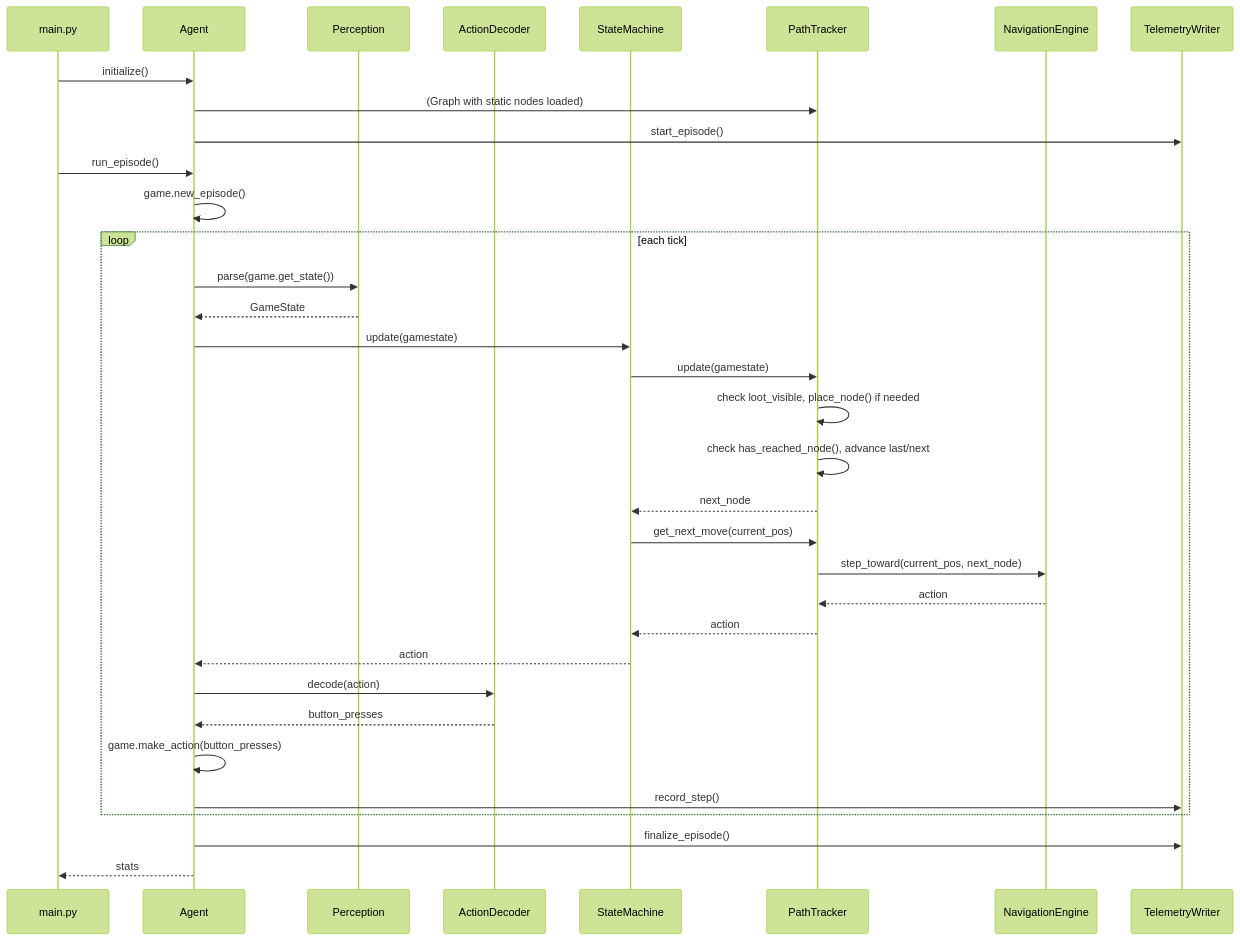
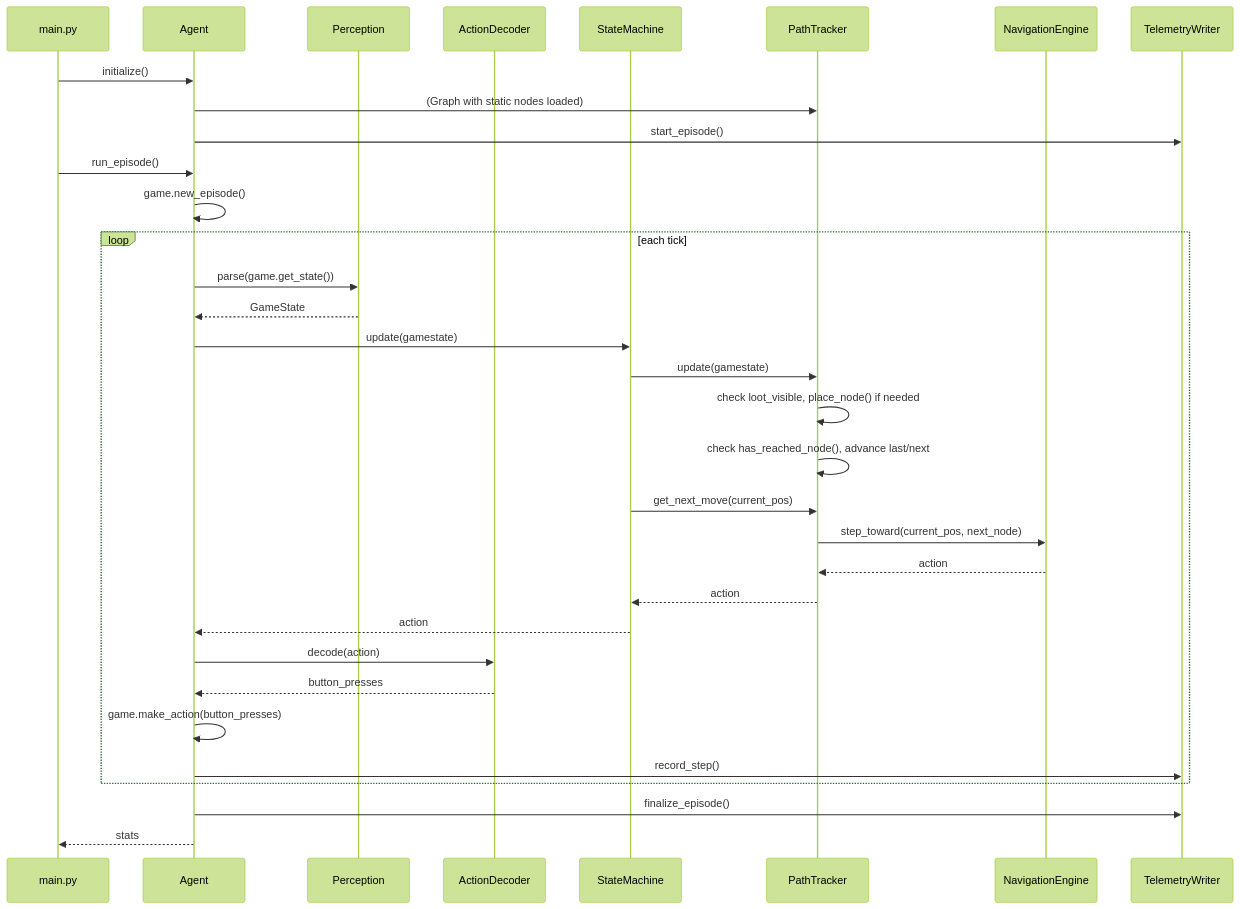
The diagram in docs/architecture_design.md (aidanpb9/doom-agent), drawn with Mermaid (forest theme) before and after one commit. The commit also changed other lines of this file, not shown here.

Commit message:
format execution flow

````diff
--- a/docs/architecture_design.md
+++ b/docs/architecture_design.md
@@ -19,43 +21,42 @@
 ```mermaid
 sequenceDiagram
     participant M as main.py
     participant A as Agent
     participant P as Perception
     participant AD as ActionDecoder
     participant SM as StateMachine
     participant PT as PathTracker
     participant NE as NavigationEngine
     participant TW as TelemetryWriter
 
     M->>A: initialize()
     A->>PT: (Graph with static nodes loaded)
     A->>TW: start_episode()
 
     M->>A: run_episode()
     A->>A: game.new_episode()
 
     loop each tick
         A->>P: parse(game.get_state())
         P-->>A: GameState
 
         A->>SM: update(gamestate)
         SM->>PT: update(gamestate)
         PT->>PT: check loot_visible, place_node() if needed
         PT->>PT: check has_reached_node(), advance last/next
-        PT-->>SM: next_node
 
         SM->>PT: get_next_move(current_pos)
         PT->>NE: step_toward(current_pos, next_node)
         NE-->>PT: action
         PT-->>SM: action
 
         SM-->>A: action
         A->>AD: decode(action)
         AD-->>A: button_presses
         A->>A: game.make_action(button_presses) 
         A->>TW: record_step()
     end
 
     A->>TW: finalize_episode()
     A-->>M: stats
 ```
````
